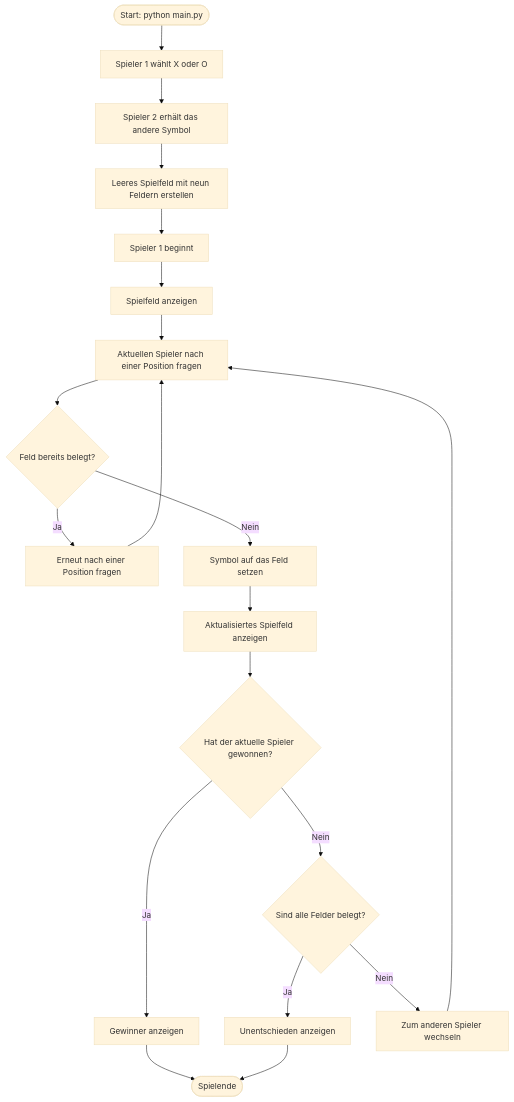
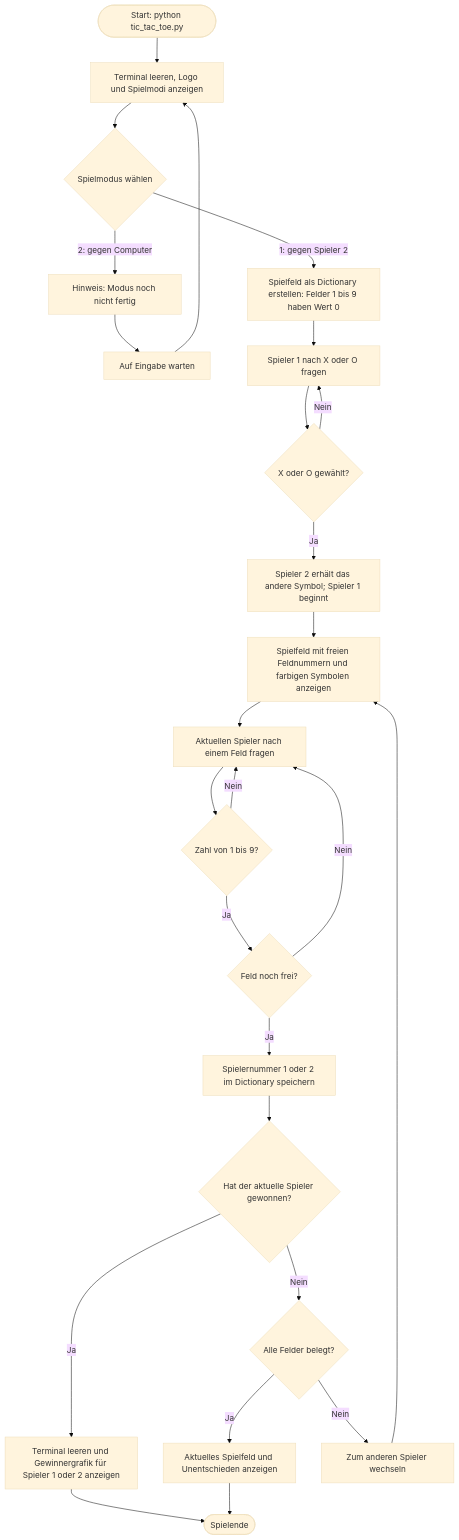
The diagram in game_flowchart.md (devManderson/nf-ds-coding-tic-tac-toe), drawn with Mermaid (base theme) before and after one commit. The commit also changed other lines of this file, not shown here.

Commit message:
Updated the current flowchart

````diff
--- a/game_flowchart.md
+++ b/game_flowchart.md
@@ -3,22 +3,31 @@
 ```mermaid
 flowchart TD
-    A([Start: python main.py]) --> C[Spieler 1 wählt X oder O]
-    C --> D[Spieler 2 erhält das andere Symbol]
-    D --> B[Leeres Spielfeld mit neun Feldern erstellen]
-    B --> E[Spieler 1 beginnt]
-    E --> F[Spielfeld anzeigen]
-    F --> G[Aktuellen Spieler nach einer Position fragen]
-    G --> H{Feld bereits belegt?}
-    H -- Ja --> I[Erneut nach einer Position fragen]
-    I --> G
-    H -- Nein --> J[Symbol auf das Feld setzen]
-    J --> K[Aktualisiertes Spielfeld anzeigen]
-    K --> L{Hat der aktuelle Spieler gewonnen?}
-    L -- Ja --> M[Gewinner anzeigen]
-    M --> N([Spielende])
-    L -- Nein --> O{Sind alle Felder belegt?}
-    O -- Ja --> P[Unentschieden anzeigen]
-    P --> N
-    O -- Nein --> Q[Zum anderen Spieler wechseln]
-    Q --> G
+    Start(["Start: python tic_tac_toe.py"]) --> Menu["Terminal leeren, Logo und Spielmodi anzeigen"]
+    Menu --> Mode{"Spielmodus wählen"}
+    Mode -- "2: gegen Computer" --> Placeholder["Hinweis: Modus noch nicht fertig"]
+    Placeholder --> Enter["Auf Eingabe warten"]
+    Enter --> Menu
+
+    Mode -- "1: gegen Spieler 2" --> Init["Spielfeld als Dictionary erstellen: Felder 1 bis 9 haben Wert 0"]
+    Init --> Symbol["Spieler 1 nach X oder O fragen"]
+    Symbol --> ValidSymbol{"X oder O gewählt?"}
+    ValidSymbol -- Nein --> Symbol
+    ValidSymbol -- Ja --> Setup["Spieler 2 erhält das andere Symbol; Spieler 1 beginnt"]
+    Setup --> Board["Spielfeld mit freien Feldnummern und farbigen Symbolen anzeigen"]
+
+    Board --> Field["Aktuellen Spieler nach einem Feld fragen"]
+    Field --> ValidField{"Zahl von 1 bis 9?"}
+    ValidField -- Nein --> Field
+    ValidField -- Ja --> FreeField{"Feld noch frei?"}
+    FreeField -- Nein --> Field
+    FreeField -- Ja --> SetField["Spielernummer 1 oder 2 im Dictionary speichern"]
+
+    SetField --> Won{"Hat der aktuelle Spieler gewonnen?"}
+    Won -- Ja --> WinScreen["Terminal leeren und Gewinnergrafik für Spieler 1 oder 2 anzeigen"]
+    WinScreen --> End([Spielende])
+    Won -- Nein --> Full{"Alle Felder belegt?"}
+    Full -- Ja --> Draw["Aktuelles Spielfeld und Unentschieden anzeigen"]
+    Draw --> End
+    Full -- Nein --> Next["Zum anderen Spieler wechseln"]
+    Next --> Board
 ```
````
